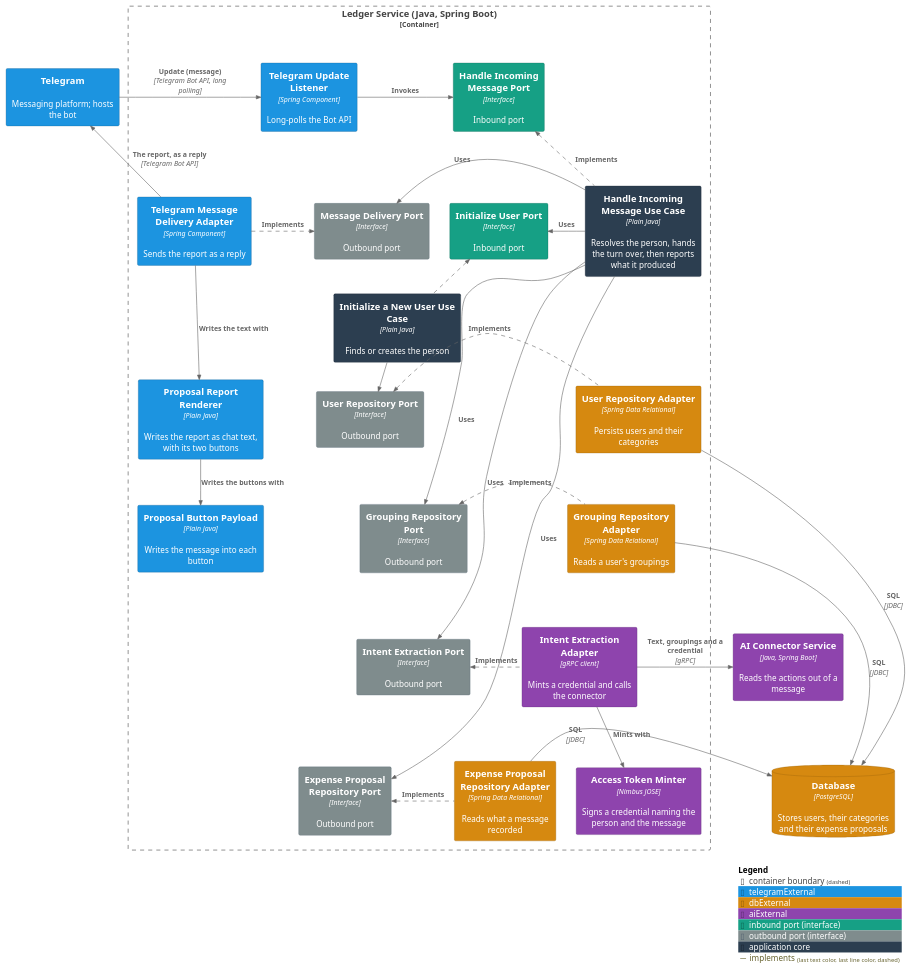
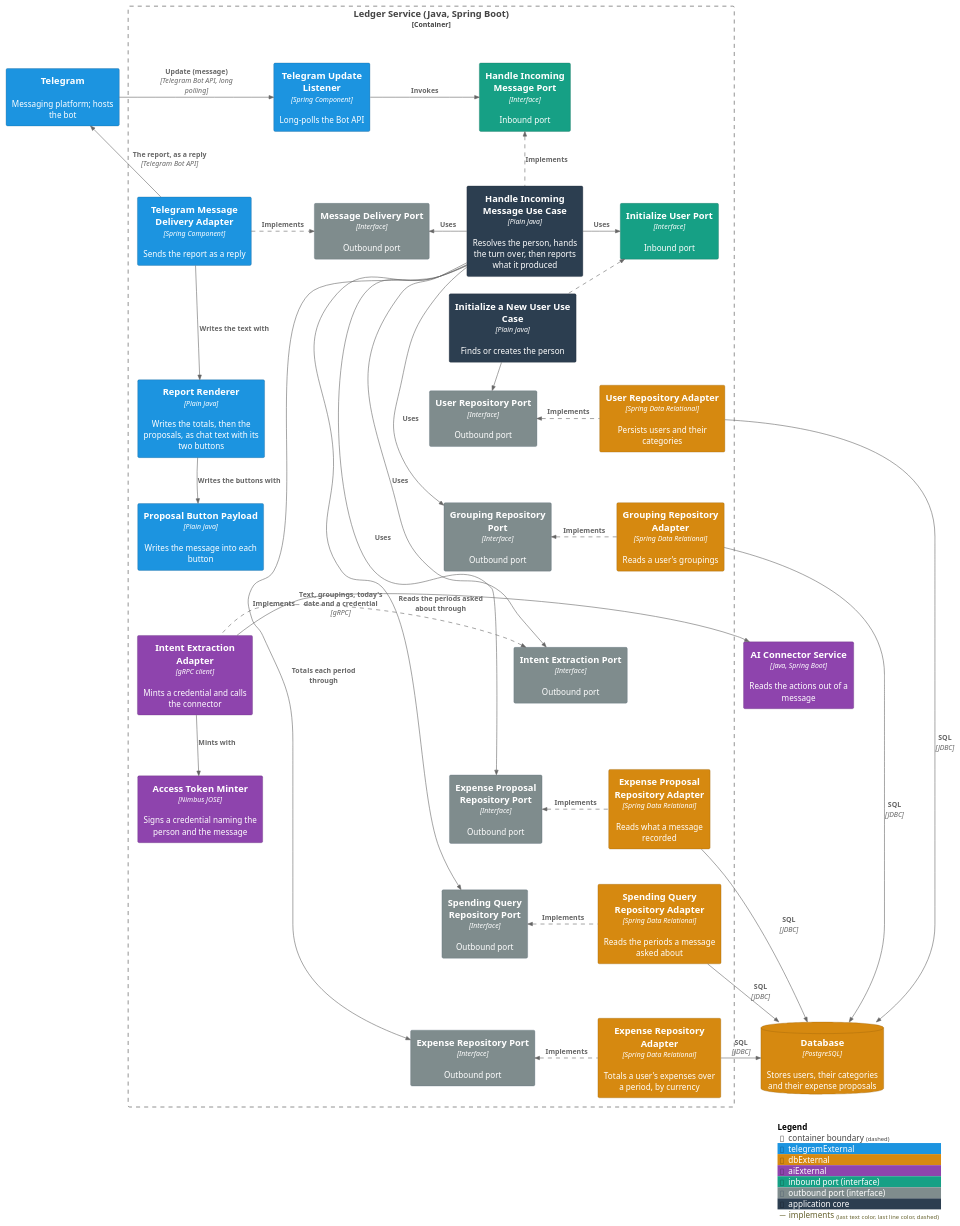
Before and after one commit to ds-usova/finance-bot: the first of 2 diagrams in ledger-service/docs/usecases/handle-incoming-message.md, drawn with PlantUML. The commit also changed other lines of this file and 166 other files, not shown here.

```diff
--- a/ledger-service/docs/usecases/handle-incoming-message.md
+++ b/ledger-service/docs/usecases/handle-incoming-message.md
@@ -109,14 +131,18 @@
   Component(groupingRepositoryPort, "Grouping Repository Port", "Interface", "Outbound port", $tags="portOut")
   Component(intentExtractionPort, "Intent Extraction Port", "Interface", "Outbound port", $tags="portOut")
   Component(proposalRepositoryPort, "Expense Proposal Repository Port", "Interface", "Outbound port", $tags="portOut")
+  Component(spendingQueryRepositoryPort, "Spending Query Repository Port", "Interface", "Outbound port", $tags="portOut")
+  Component(expenseRepositoryPort, "Expense Repository Port", "Interface", "Outbound port", $tags="portOut")
   Component(messageDeliveryPort, "Message Delivery Port", "Interface", "Outbound port", $tags="portOut")
   Component(userRepositoryAdapter, "User Repository Adapter", "Spring Data Relational", "Persists users and their categories", $tags="dbExternal")
   Component(groupingRepositoryAdapter, "Grouping Repository Adapter", "Spring Data Relational", "Reads a user's groupings", $tags="dbExternal")
   Component(proposalRepositoryAdapter, "Expense Proposal Repository Adapter", "Spring Data Relational", "Reads what a message recorded", $tags="dbExternal")
+  Component(spendingQueryRepositoryAdapter, "Spending Query Repository Adapter", "Spring Data Relational", "Reads the periods a message asked about", $tags="dbExternal")
+  Component(expenseRepositoryAdapter, "Expense Repository Adapter", "Spring Data Relational", "Totals a user's expenses over a period, by currency", $tags="dbExternal")
   Component(intentExtractionAdapter, "Intent Extraction Adapter", "gRPC client", "Mints a credential and calls the connector", $tags="aiExternal")
   Component(tokenMinter, "Access Token Minter", "Nimbus JOSE", "Signs a credential naming the person and the message", $tags="aiExternal")
   Component(deliveryAdapter, "Telegram Message Delivery Adapter", "Spring Component", "Sends the report as a reply", $tags="telegramExternal")
-  Component(reportRenderer, "Proposal Report Renderer", "Plain Java", "Writes the report as chat text, with its two buttons", $tags="telegramExternal")
+  Component(reportRenderer, "Report Renderer", "Plain Java", "Writes the totals, then the proposals, as chat text with its two buttons", $tags="telegramExternal")
   Component(buttonPayload, "Proposal Button Payload", "Plain Java", "Writes the message into each button", $tags="telegramExternal")
 }
 
@@ -132,10 +158,14 @@
 Rel_R(handleMessageService, groupingRepositoryPort, "Uses")
 Rel_R(handleMessageService, intentExtractionPort, "Uses")
 Rel_R(handleMessageService, proposalRepositoryPort, "Uses")
+Rel_R(handleMessageService, spendingQueryRepositoryPort, "Reads the periods asked about through")
+Rel_R(handleMessageService, expenseRepositoryPort, "Totals each period through")
 Rel_L(handleMessageService, messageDeliveryPort, "Uses")
 Rel_L(userRepositoryAdapter, userRepositoryPort, "Implements", $tags="implements")
 Rel_L(groupingRepositoryAdapter, groupingRepositoryPort, "Implements", $tags="implements")
 Rel_L(proposalRepositoryAdapter, proposalRepositoryPort, "Implements", $tags="implements")
+Rel_L(spendingQueryRepositoryAdapter, spendingQueryRepositoryPort, "Implements", $tags="implements")
+Rel_L(expenseRepositoryAdapter, expenseRepositoryPort, "Implements", $tags="implements")
 Rel_L(intentExtractionAdapter, intentExtractionPort, "Implements", $tags="implements")
 Rel_R(deliveryAdapter, messageDeliveryPort, "Implements", $tags="implements")
 Rel_D(intentExtractionAdapter, tokenMinter, "Mints with")
@@ -144,7 +174,9 @@
 Rel_R(userRepositoryAdapter, db, "SQL", "JDBC")
 Rel_R(groupingRepositoryAdapter, db, "SQL", "JDBC")
 Rel_R(proposalRepositoryAdapter, db, "SQL", "JDBC")
-Rel_R(intentExtractionAdapter, connector, "Text, groupings and a credential", "gRPC")
+Rel_R(spendingQueryRepositoryAdapter, db, "SQL", "JDBC")
+Rel_R(expenseRepositoryAdapter, db, "SQL", "JDBC")
+Rel_R(intentExtractionAdapter, connector, "Text, groupings, today's date and a credential", "gRPC")
 Rel_U(deliveryAdapter, telegram, "The report, as a reply", "Telegram Bot API")
 
 Lay_D(handleMessagePort, initializeUserPort)
@@ -152,6 +184,10 @@
 Lay_D(userRepositoryPort, groupingRepositoryPort)
 Lay_D(groupingRepositoryPort, intentExtractionPort)
 Lay_D(intentExtractionPort, proposalRepositoryPort)
+Lay_D(proposalRepositoryPort, spendingQueryRepositoryPort)
+Lay_D(spendingQueryRepositoryPort, expenseRepositoryPort)
+Lay_D(proposalRepositoryAdapter, spendingQueryRepositoryAdapter)
+Lay_D(spendingQueryRepositoryAdapter, expenseRepositoryAdapter)
 
 SHOW_LEGEND()
 @enduml
```
